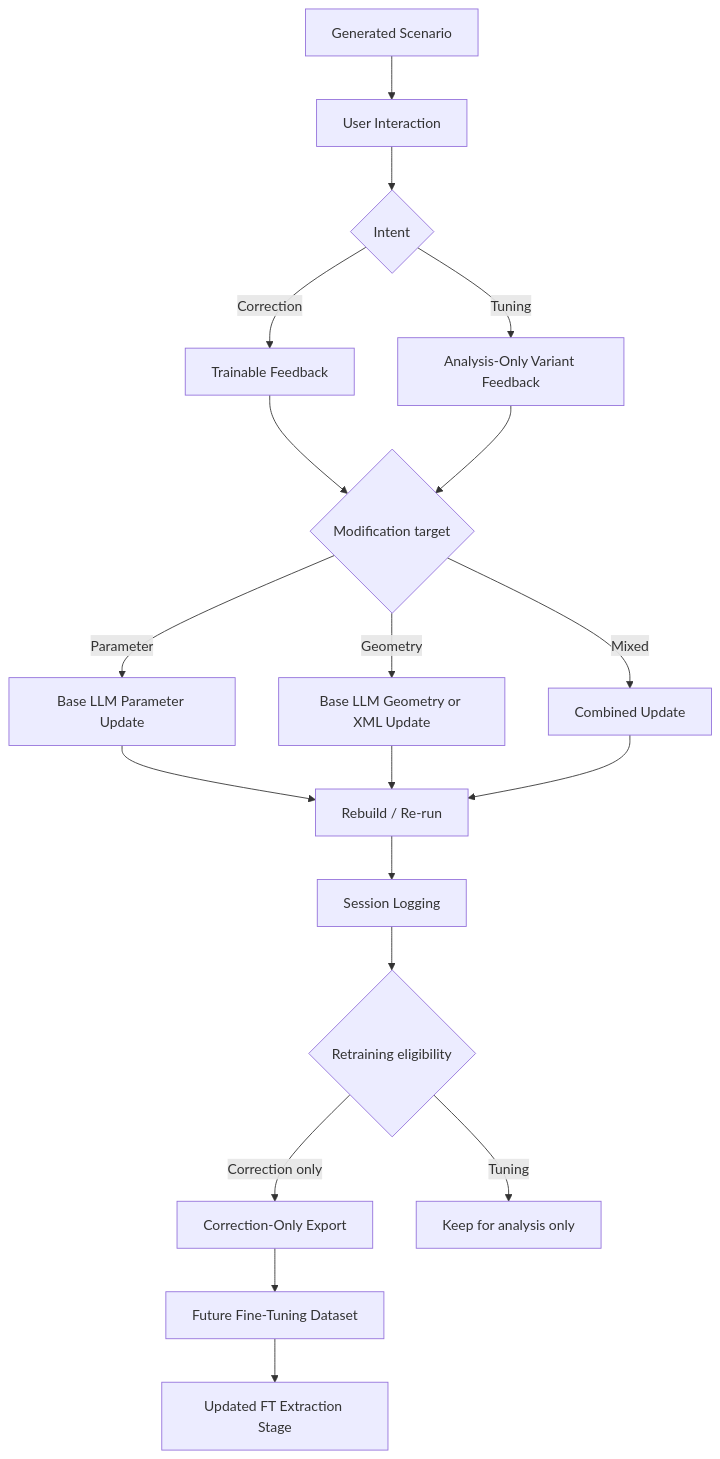
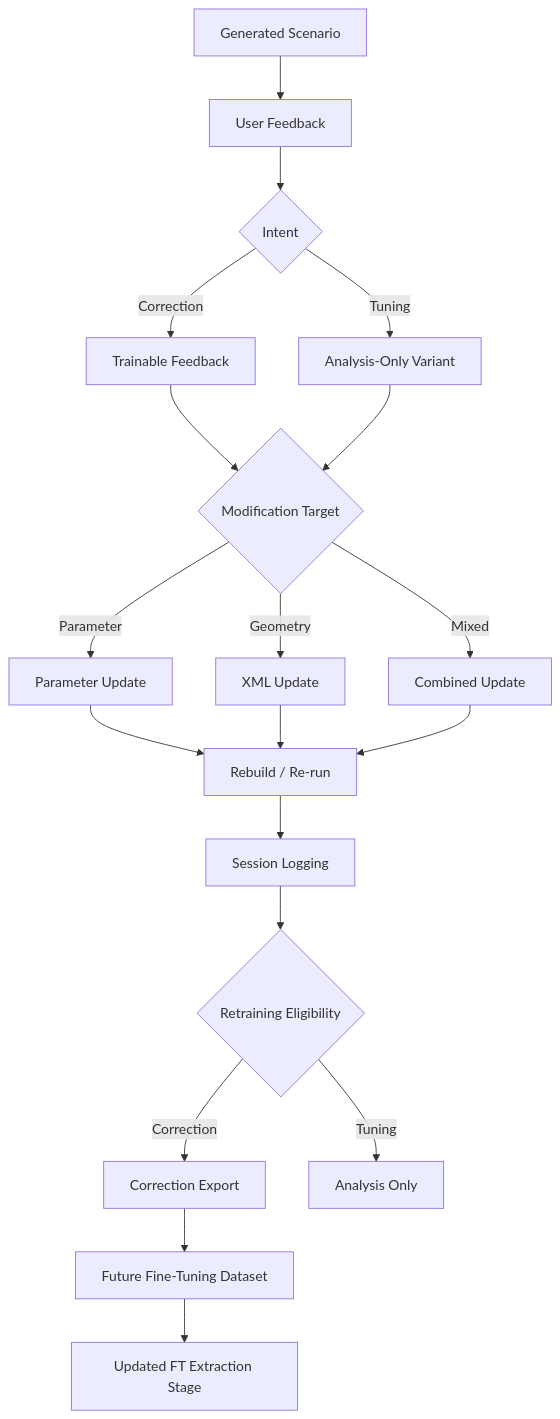
One commit to sewon-p/sumo-traffic-agent changed the second of 3 diagrams in README.md. Above: the diagram before and after it, drawn with Mermaid. The commit also changed other lines of this file and 3 other files, not shown here.

````diff
--- a/README.md
+++ b/README.md
@@ -59,23 +44,21 @@
 ```mermaid
 flowchart TD
-    A[Generated Scenario] --> B[User Interaction]
+    A[Generated Scenario] --> B[User Feedback]
     B --> C{Intent}
     C -- Correction --> D[Trainable Feedback]
-    C -- Tuning --> E[Analysis-Only Variant Feedback]
-
-    D --> F{Modification target}
+    C -- Tuning --> E[Analysis-Only Variant]
+    D --> F{Modification Target}
     E --> F
-    F -- Parameter --> G[Base LLM Parameter Update]
-    F -- Geometry --> H[Base LLM Geometry or XML Update]
+    F -- Parameter --> G[Parameter Update]
+    F -- Geometry --> H[XML Update]
     F -- Mixed --> I[Combined Update]
-
     G --> J[Rebuild / Re-run]
     H --> J
     I --> J
     J --> K[Session Logging]
-    K --> L{Retraining eligibility}
-    L -- Correction only --> M[Correction-Only Export]
-    L -- Tuning --> N[Keep for analysis only]
+    K --> L{Retraining Eligibility}
+    L -- Correction --> M[Correction Export]
+    L -- Tuning --> N[Analysis Only]
     M --> O[Future Fine-Tuning Dataset]
     O --> P[Updated FT Extraction Stage]
 ```
````
